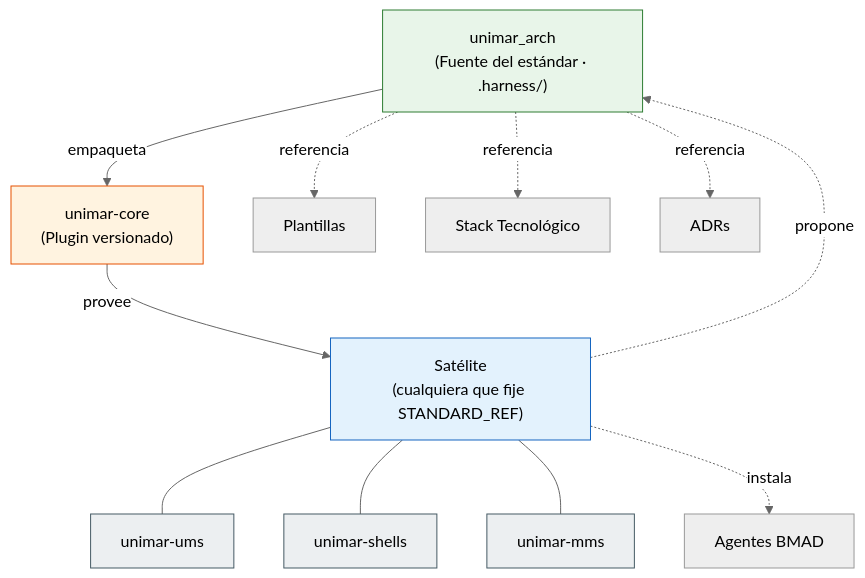
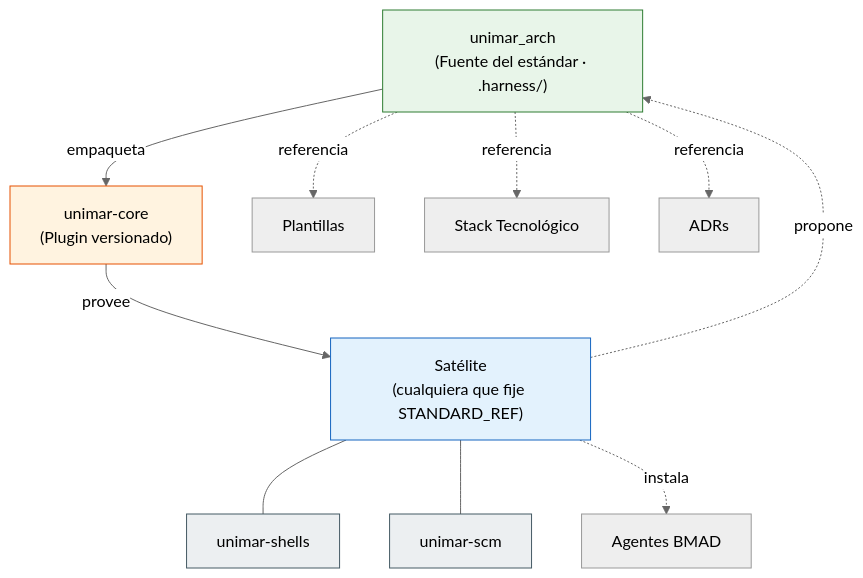
One commit to unimar-peru/unimar-arch-vendors changed the diagram in .estandar/plugins/unimar-core/rules/satellite-repo-rules.md. Above: the diagram before and after it, drawn with Mermaid (neutral theme). The commit also changed other lines of this file and 56 other files, not shown here.

````diff
--- a/.estandar/plugins/unimar-core/rules/satellite-repo-rules.md
+++ b/.estandar/plugins/unimar-core/rules/satellite-repo-rules.md
@@ -29,22 +34,20 @@
 ```mermaid
 flowchart TD
     UA["unimar_arch<br/>(Fuente del estándar · .harness/)"] -->|empaqueta| PL["unimar-core<br/>(Plugin versionado)"]
     PL -->|provee| SAT["Satélite<br/>(cualquiera que fije STANDARD_REF)"]
-    SAT --- UM["unimar-ums"]
     SAT --- US["unimar-shells"]
-    SAT --- MM["unimar-mms"]
+    SAT --- SC["unimar-scm"]
 
     UA -.->|referencia| TP["Plantillas"]
     UA -.->|referencia| ST["Stack Tecnológico"]
     UA -.->|referencia| AD["ADRs"]
 
     SAT -.->|instala| BM["Agentes BMAD"]
     SAT -.->|propone| UA
 
     style UA fill:#e8f5e9,stroke:#2e7d32,color:#000
     style PL fill:#fff3e0,stroke:#e65100,color:#000
     style SAT fill:#e3f2fd,stroke:#1565c0,color:#000
-    style UM fill:#eceff1,stroke:#455a64,color:#000
     style US fill:#eceff1,stroke:#455a64,color:#000
-    style MM fill:#eceff1,stroke:#455a64,color:#000
+    style SC fill:#eceff1,stroke:#455a64,color:#000
 ```
````
